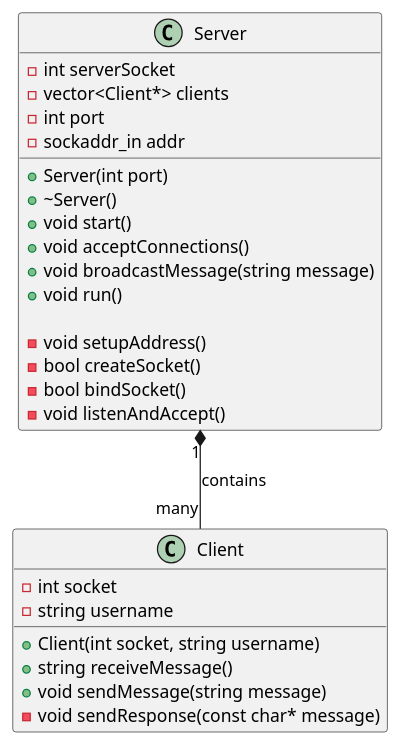
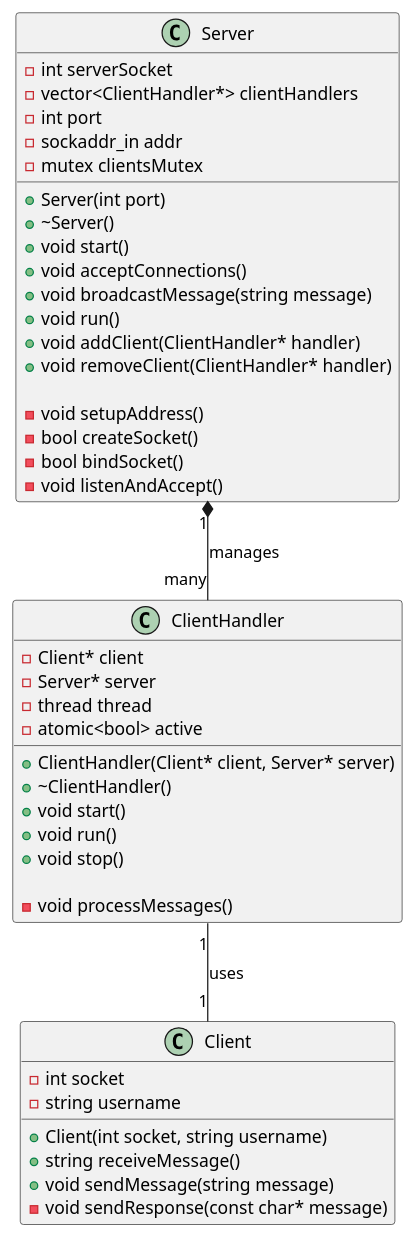
Before and after one commit to thelenlucas/370-Class-Project: the diagram in modeling/serverdiagram.puml, drawn with PlantUML.

Commit message:
Updated modeling

```diff
--- a/modeling/serverdiagram.puml
+++ b/modeling/serverdiagram.puml
@@ -1,34 +1,53 @@
-@startuml Sever Class Diagram
+@startuml Class Diagram
 
 class Server {
     - int serverSocket
-    - vector<Client*> clients
+    - vector<ClientHandler*> clientHandlers
     - int port
     - sockaddr_in addr
+    - mutex clientsMutex
 
     + Server(int port)
     + ~Server()
     + void start()
     + void acceptConnections()
     + void broadcastMessage(string message)
     + void run()
+    + void addClient(ClientHandler* handler)
+    + void removeClient(ClientHandler* handler)
 
     - void setupAddress()
     - bool createSocket()
     - bool bindSocket()
     - void listenAndAccept()
 }
 
 class Client {
     - int socket
     - string username
 
     + Client(int socket, string username)
     + string receiveMessage()
     + void sendMessage(string message)
     - void sendResponse(const char* message)
 }
 
-Server "1" *-- "many" Client : contains
+class ClientHandler {
+    - Client* client
+    - Server* server
+    - thread thread
+    - atomic<bool> active
+
+    + ClientHandler(Client* client, Server* server)
+    + ~ClientHandler()
+    + void start()
+    + void run()
+    + void stop()
+
+    - void processMessages()
+}
+
+Server "1" *-- "many" ClientHandler : manages
+ClientHandler "1" -- "1" Client : uses
 
 @enduml
```
